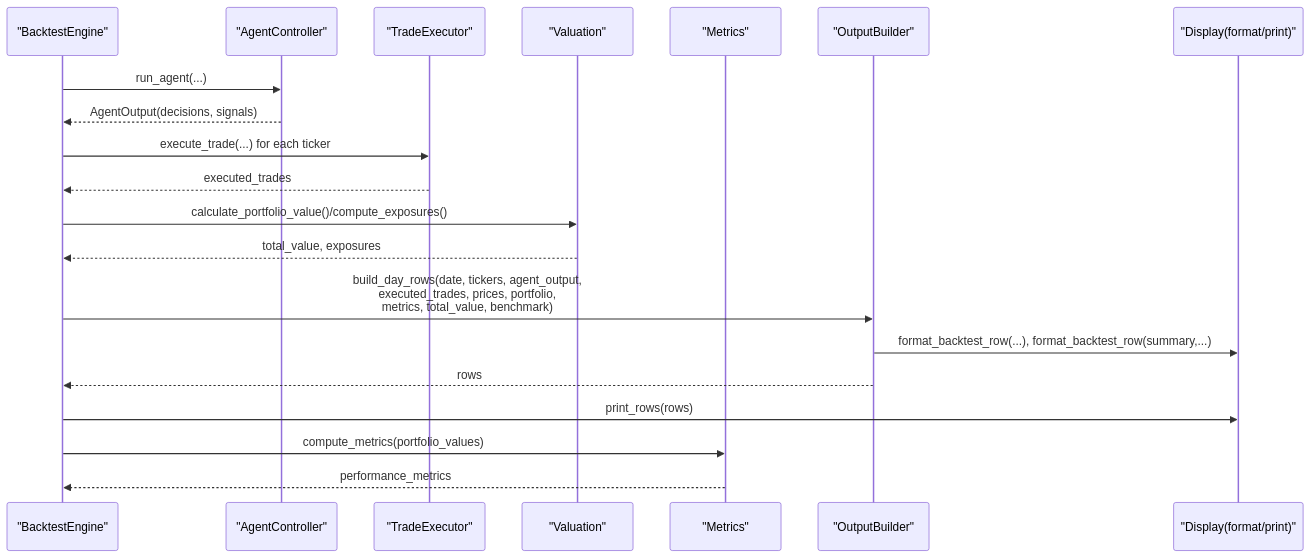
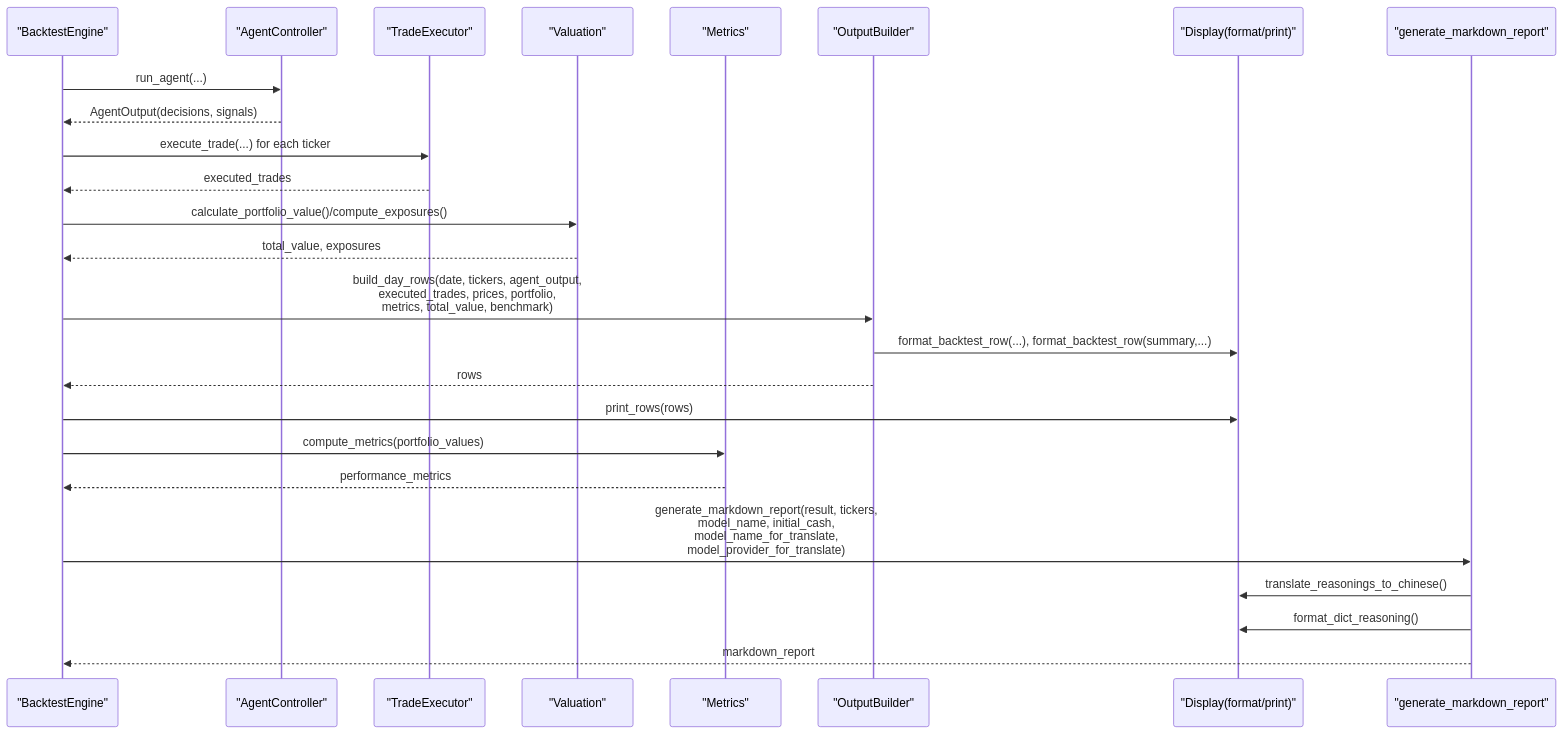
The second of 7 diagrams in .qoder/repowiki/zh/content/回测引擎/输出格式化.md (lichen14-hash/ai-hedge-fund), drawn with Mermaid before and after one commit. The commit also changed other lines of this file and 24 other files, not shown here.

````diff
--- a/.qoder/repowiki/zh/content/回测引擎/输出格式化.md
+++ b/.qoder/repowiki/zh/content/回测引擎/输出格式化.md
@@ -82,22 +103,27 @@
 ```mermaid
 sequenceDiagram
 participant E as "BacktestEngine"
 participant C as "AgentController"
 participant T as "TradeExecutor"
 participant V as "Valuation"
 participant M as "Metrics"
 participant O as "OutputBuilder"
 participant D as "Display(format/print)"
+participant R as "generate_markdown_report"
 E->>C : run_agent(...)
 C-->>E : AgentOutput(decisions, signals)
 E->>T : execute_trade(...) for each ticker
 T-->>E : executed_trades
 E->>V : calculate_portfolio_value()/compute_exposures()
 V-->>E : total_value, exposures
 E->>O : build_day_rows(date, tickers, agent_output,<br/>executed_trades, prices, portfolio,<br/>metrics, total_value, benchmark)
 O->>D : format_backtest_row(...), format_backtest_row(summary,...)
 O-->>E : rows
 E->>D : print_rows(rows)
 E->>M : compute_metrics(portfolio_values)
 M-->>E : performance_metrics
+E->>R : generate_markdown_report(result, tickers,<br/>model_name, initial_cash,<br/>model_name_for_translate,<br/>model_provider_for_translate)
+R->>D : translate_reasonings_to_chinese()
+R->>D : format_dict_reasoning()
+R-->>E : markdown_report
 ```
````
